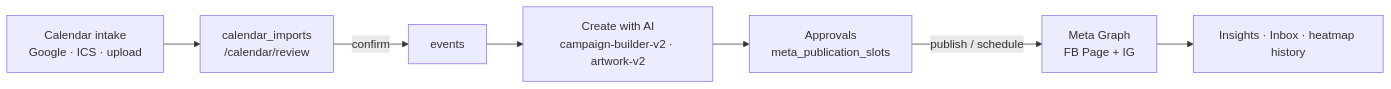
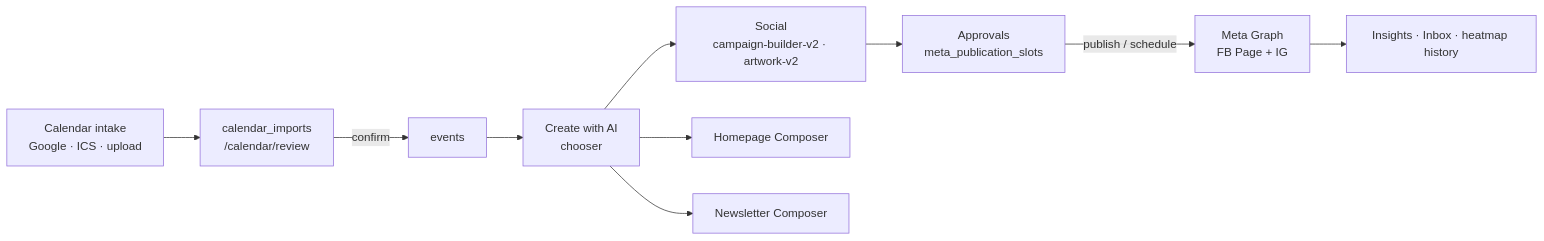
Before and after one commit to marrinahueso-ai/campaignos: the second of 2 diagrams in docs/engineering/architecture.md, drawn with Mermaid. The commit also changed other lines of this file, not shown here.

First line of the commit message:
docs(architecture): sync with shipped Ease, CwAI, and Settings

````diff
--- a/docs/engineering/architecture.md
+++ b/docs/engineering/architecture.md
@@ -123,16 +144,22 @@
 ```mermaid
 flowchart LR
   Intake["Calendar intake<br/>Google · ICS · upload"]
   Review["calendar_imports<br/>/calendar/review"]
   Events["events"]
-  AI["Create with AI<br/>campaign-builder-v2 · artwork-v2"]
+  Chooser["Create with AI<br/>chooser"]
+  Social["Social<br/>campaign-builder-v2 · artwork-v2"]
+  Home["Homepage Composer"]
+  News["Newsletter Composer"]
   Appr["Approvals<br/>meta_publication_slots"]
   Meta["Meta Graph<br/>FB Page + IG"]
 
   Intake --> Review
   Review -->|"confirm"| Events
-  Events --> AI
-  AI --> Appr
+  Events --> Chooser
+  Chooser --> Social
+  Chooser --> Home
+  Chooser --> News
+  Social --> Appr
   Appr -->|"publish / schedule"| Meta
   Meta --> Insights["Insights · Inbox · heatmap history"]
 ```
````
